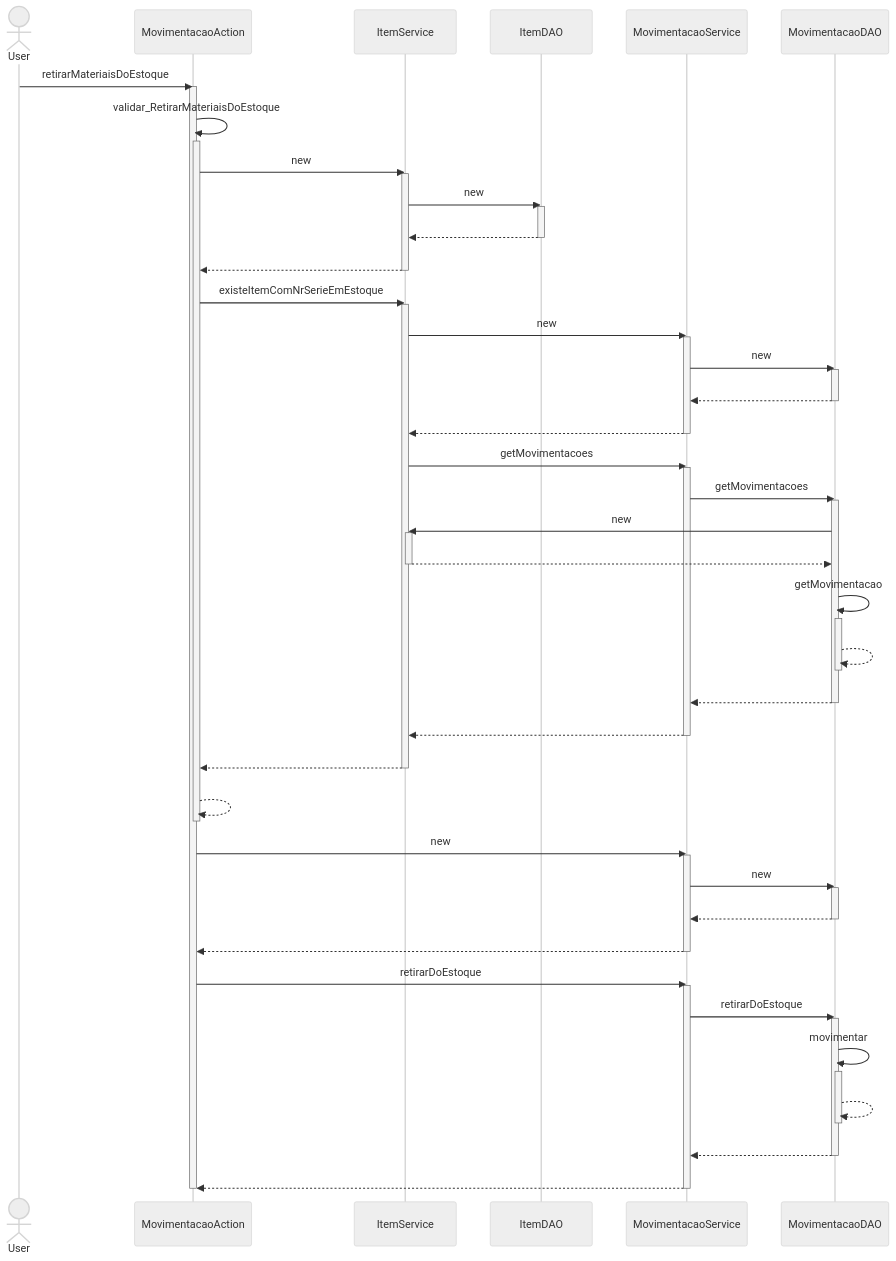
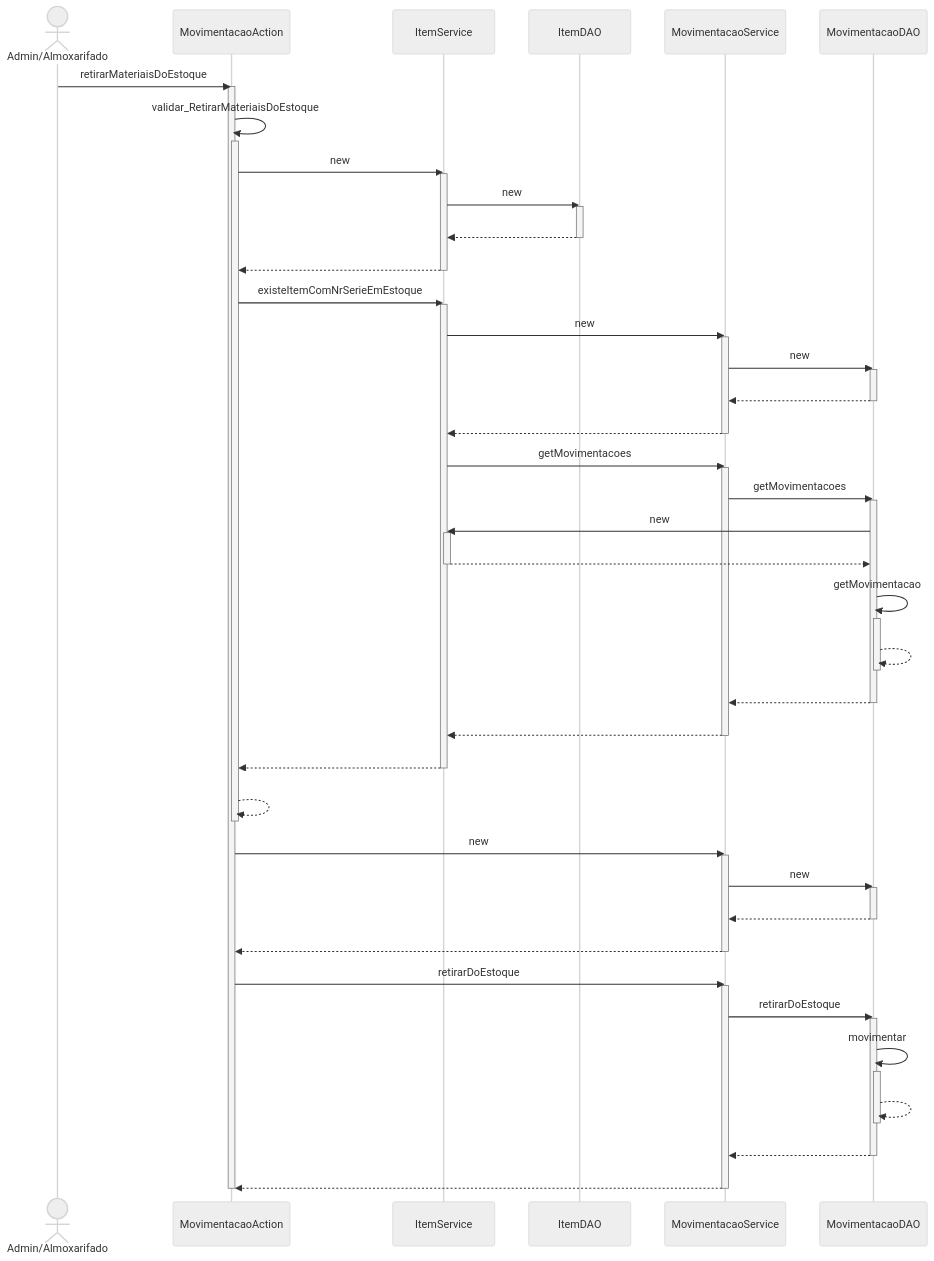
Before and after one commit to branqsMRP/SequenceDiagram: the diagram in DiagramaSequencia/Novo Diagrama Sequencia/Movimentacao/Retirar Materiais Do Estoque.mmd, drawn with Mermaid (neutral theme). The commit also changed 7 other files, not shown here.

```diff
--- a/DiagramaSequencia/Novo Diagrama Sequencia/Movimentacao/Retirar Materiais Do Estoque.mmd
+++ b/DiagramaSequencia/Novo Diagrama Sequencia/Movimentacao/Retirar Materiais Do Estoque.mmd
@@ -1,65 +1,65 @@
 sequenceDiagram
-actor User
-User ->> MovimentacaoAction : retirarMateriaisDoEstoque
+actor AA as Admin/Almoxarifado
+AA ->> MovimentacaoAction : retirarMateriaisDoEstoque
 activate MovimentacaoAction
 MovimentacaoAction ->> MovimentacaoAction : validar_RetirarMateriaisDoEstoque
 activate MovimentacaoAction
 MovimentacaoAction ->> ItemService : new
 activate ItemService
 ItemService ->> ItemDAO : new
 activate ItemDAO
 ItemDAO -->> ItemService : #32; 
 deactivate ItemDAO
 ItemService -->> MovimentacaoAction : #32; 
 deactivate ItemService
 MovimentacaoAction ->> ItemService : existeItemComNrSerieEmEstoque
 activate ItemService
 ItemService ->> MovimentacaoService : new
 activate MovimentacaoService
 MovimentacaoService ->> MovimentacaoDAO : new
 activate MovimentacaoDAO
 MovimentacaoDAO -->> MovimentacaoService : #32; 
 deactivate MovimentacaoDAO
 MovimentacaoService -->> ItemService : #32; 
 deactivate MovimentacaoService
 ItemService ->> MovimentacaoService : getMovimentacoes
 activate MovimentacaoService
 MovimentacaoService ->> MovimentacaoDAO : getMovimentacoes
 activate MovimentacaoDAO
 MovimentacaoDAO ->> ItemService : new
 activate ItemService
 ItemService -->> MovimentacaoDAO : #32; 
 deactivate ItemService
 MovimentacaoDAO ->> MovimentacaoDAO : getMovimentacao
 activate MovimentacaoDAO
 MovimentacaoDAO -->> MovimentacaoDAO : #32; 
 deactivate MovimentacaoDAO
 MovimentacaoDAO -->> MovimentacaoService : #32; 
 deactivate MovimentacaoDAO
 MovimentacaoService -->> ItemService : #32; 
 deactivate MovimentacaoService
 ItemService -->> MovimentacaoAction : #32; 
 deactivate ItemService
 MovimentacaoAction -->> MovimentacaoAction : #32; 
 deactivate MovimentacaoAction
 MovimentacaoAction ->> MovimentacaoService : new
 activate MovimentacaoService
 MovimentacaoService ->> MovimentacaoDAO : new
 activate MovimentacaoDAO
 MovimentacaoDAO -->> MovimentacaoService : #32; 
 deactivate MovimentacaoDAO
 MovimentacaoService -->> MovimentacaoAction : #32; 
 deactivate MovimentacaoService
 MovimentacaoAction ->> MovimentacaoService : retirarDoEstoque
 activate MovimentacaoService
 MovimentacaoService ->> MovimentacaoDAO : retirarDoEstoque
 activate MovimentacaoDAO
 MovimentacaoDAO ->> MovimentacaoDAO : movimentar
 activate MovimentacaoDAO
 MovimentacaoDAO -->> MovimentacaoDAO : #32; 
 deactivate MovimentacaoDAO
 MovimentacaoDAO -->> MovimentacaoService : #32; 
 deactivate MovimentacaoDAO
 MovimentacaoService -->> MovimentacaoAction : #32; 
 deactivate MovimentacaoService
 deactivate MovimentacaoAction
```
